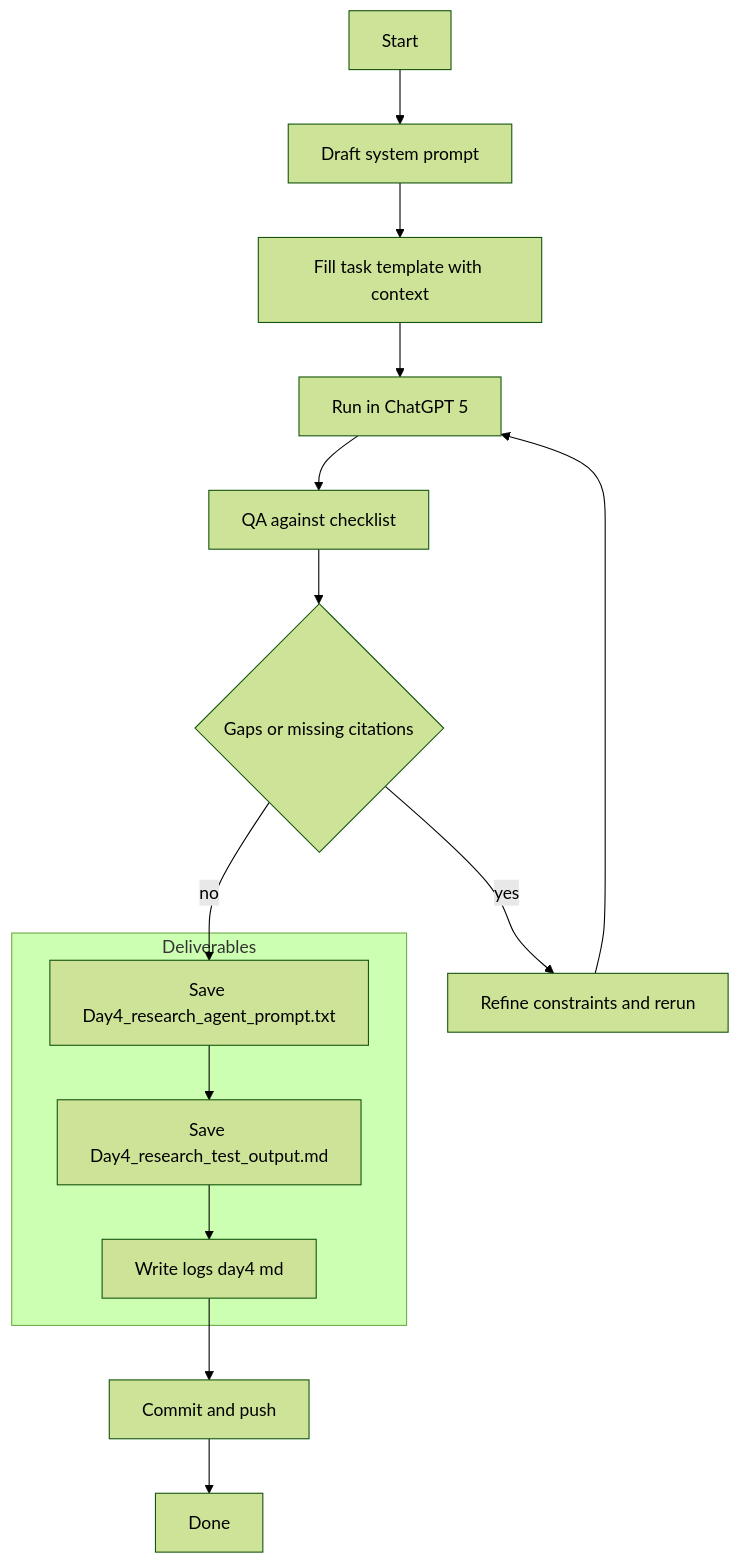
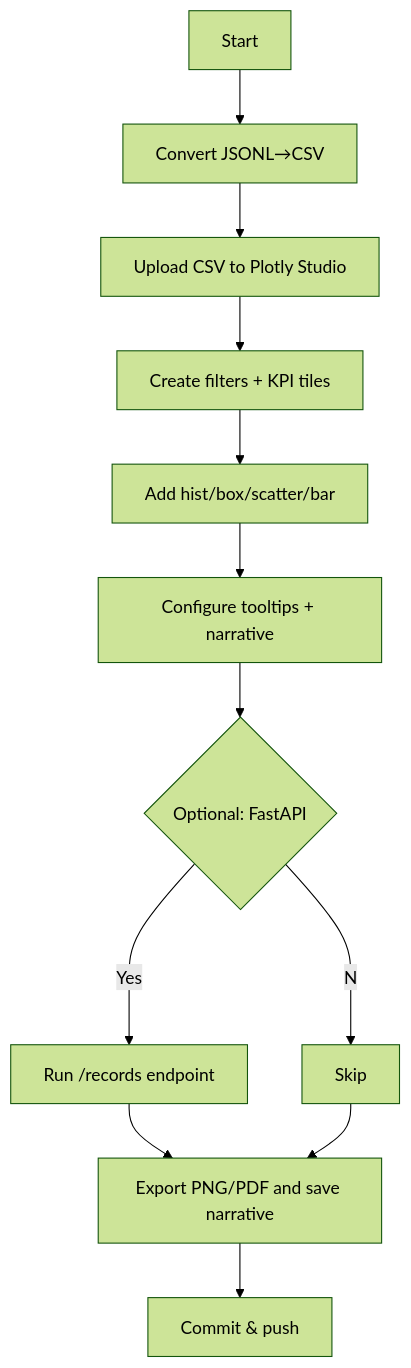
Before and after one commit to emcdo411/ai-agent-mastery-20days: the diagram in Week1_ChatGPT_Perplexity/Day4/lesson.md, drawn with Mermaid (forest theme). The commit also changed other lines of this file, not shown here.

````diff
--- a/Week1_ChatGPT_Perplexity/Day4/lesson.md
+++ b/Week1_ChatGPT_Perplexity/Day4/lesson.md
@@ -150,21 +250,14 @@
 ```mermaid
 flowchart TB
-    A[Start] --> B[Draft system prompt]
-    B --> C[Fill task template with context]
-    C --> D[Run in ChatGPT 5]
-    D --> E[QA against checklist]
-    E --> F{Gaps or missing citations}
-    F -- yes --> G[Refine constraints and rerun]
-    G --> D
-    F -- no --> H[Save Day4_research_agent_prompt.txt]
-    H --> I[Save Day4_research_test_output.md]
-    I --> J[Write logs day4 md]
-    J --> K[Commit and push]
-    K --> L[Done]
-
-    subgraph Deliverables
-        H
-        I
-        J
-    end
+  A[Start] --> B[Convert JSONL→CSV]
+  B --> C[Upload CSV to Plotly Studio]
+  C --> D[Create filters + KPI tiles]
+  D --> E[Add hist/box/scatter/bar]
+  E --> F[Configure tooltips + narrative]
+  F --> G{Optional: FastAPI}
+  G --Yes--> H[Run /records endpoint]
+  G --No--> I[Skip]
+  H --> J[Export PNG/PDF and save narrative]
+  I --> J[Export PNG/PDF and save narrative]
+  J --> K[Commit & push]
 ```
````
